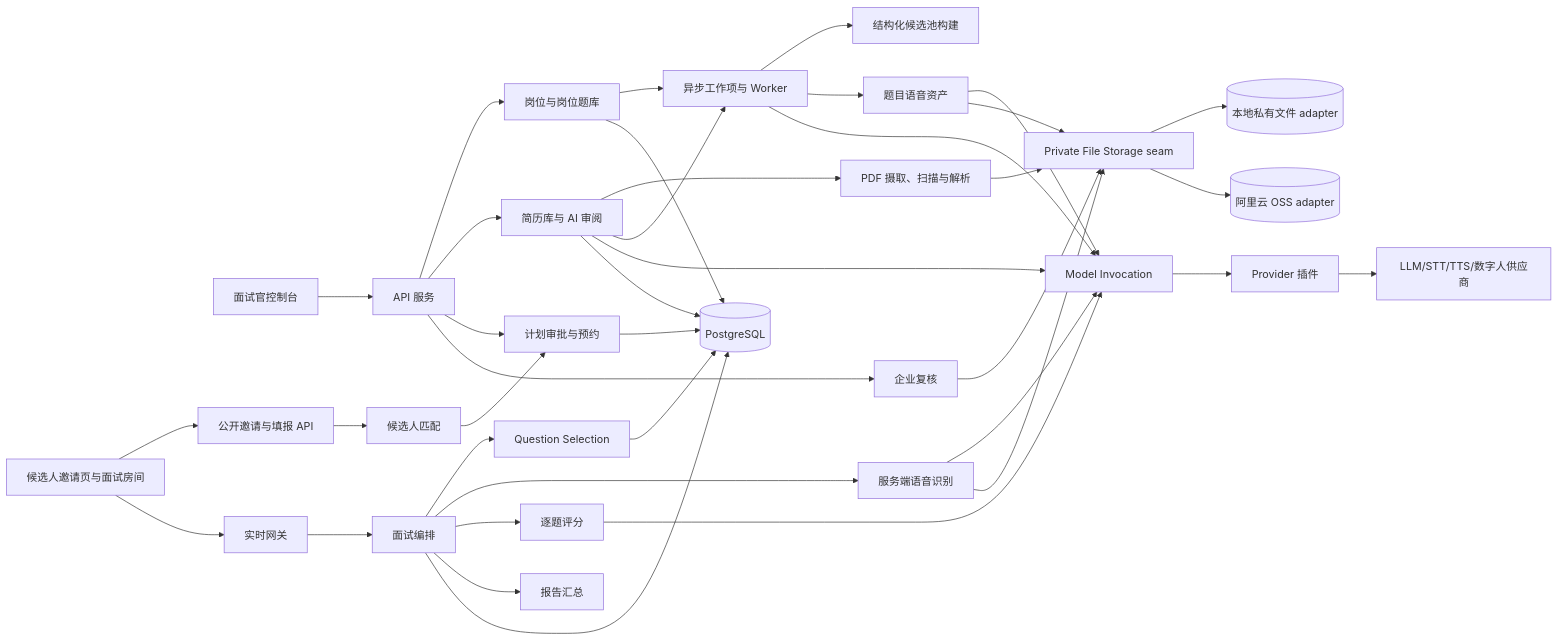
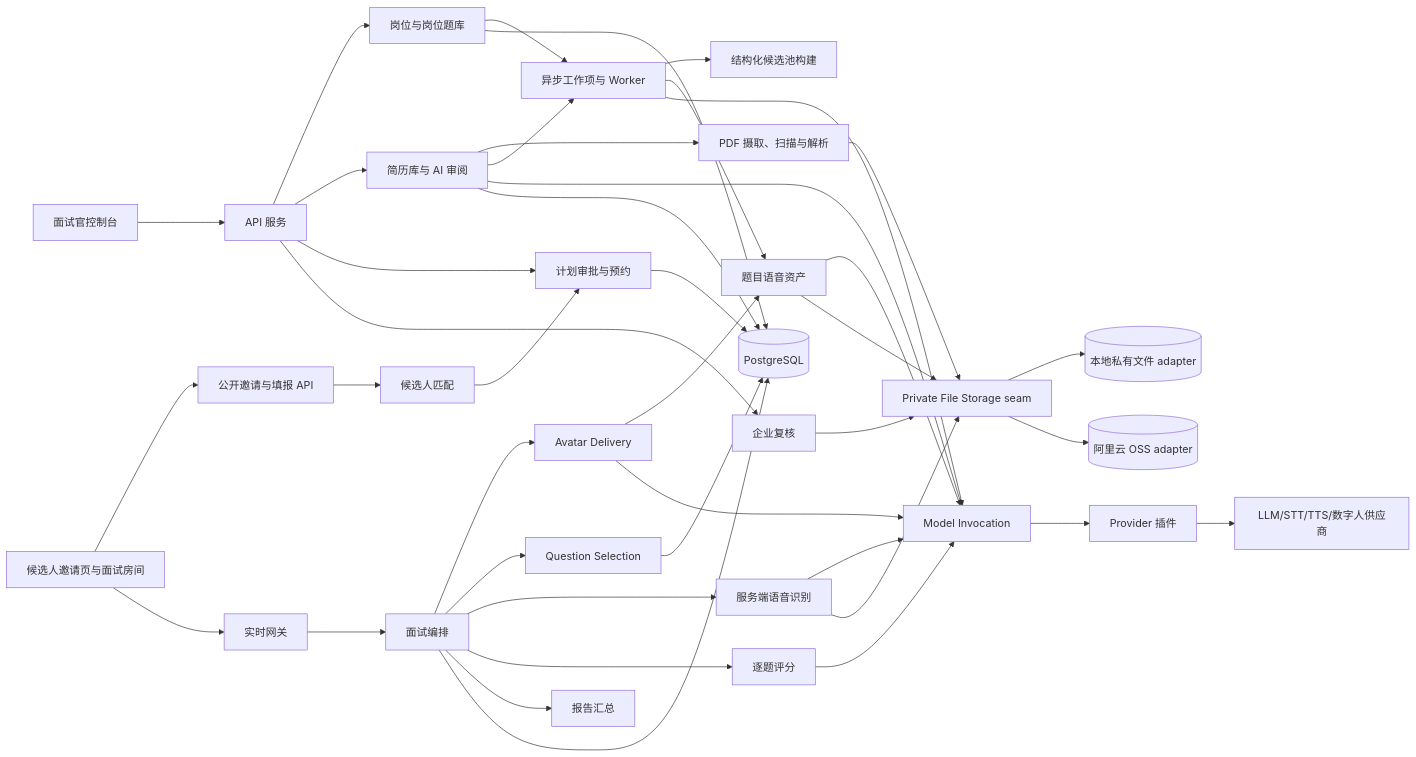
The first of 2 diagrams in docs/architecture.md (zwj19980929-netizen/interview), drawn with Mermaid before and after one commit. The commit also changed other lines of this file and 24 other files, not shown here.

````diff
--- a/docs/architecture.md
+++ b/docs/architecture.md
@@ -27,40 +27,43 @@
 ```mermaid
 flowchart LR
   Interviewer[面试官控制台] --> API[API 服务]
   Candidate[候选人邀请页与面试房间] --> PublicAPI[公开邀请与填报 API]
   Candidate --> RT[实时网关]
   API --> Position[岗位与岗位题库]
   API --> Resume[简历库与 AI 审阅]
   Resume --> ResumeIngest[PDF 摄取、扫描与解析]
   ResumeIngest --> FileStorage[Private File Storage seam]
   API --> Plan[计划审批与预约]
   API --> Review[企业复核]
   PublicAPI --> Match[候选人匹配]
   Match --> Plan
   Position --> Jobs[异步工作项与 Worker]
   Resume --> Jobs
   Jobs --> PoolBuild[结构化候选池构建]
   Jobs --> SpeechAsset[题目语音资产]
   Jobs --> Gateway[Model Invocation]
   RT --> Orchestrator[面试编排]
+  Orchestrator --> AvatarDelivery[Avatar Delivery]
+  AvatarDelivery --> SpeechAsset
+  AvatarDelivery --> Gateway
   Orchestrator --> Selection[Question Selection]
   Selection --> DB
   Orchestrator --> Speech[服务端语音识别]
   Orchestrator --> Evaluation[逐题评分]
   Orchestrator --> Report[报告汇总]
   Speech --> Gateway
   Evaluation --> Gateway
   Resume --> Gateway
   SpeechAsset --> Gateway
   Gateway --> Providers[Provider 插件]
   Providers --> Vendors[LLM/STT/TTS/数字人供应商]
   Position --> DB[(PostgreSQL)]
   Resume --> DB
   Plan --> DB
   Orchestrator --> DB
   FileStorage --> LocalFiles[(本地私有文件 adapter)]
   FileStorage --> AliyunOSS[(阿里云 OSS adapter)]
   SpeechAsset --> FileStorage
   Speech --> FileStorage
   Review --> FileStorage
 ```
````
